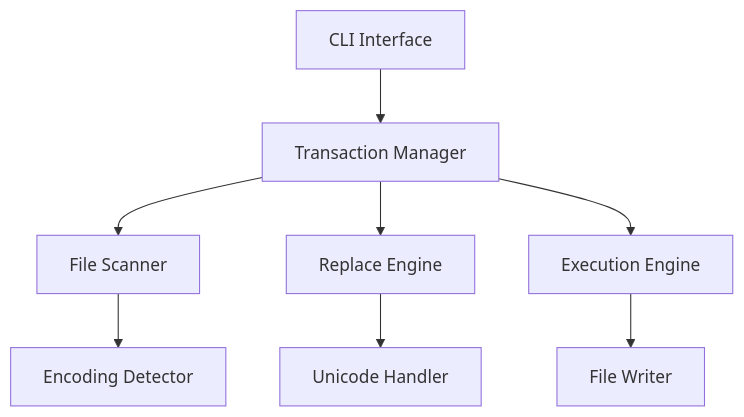
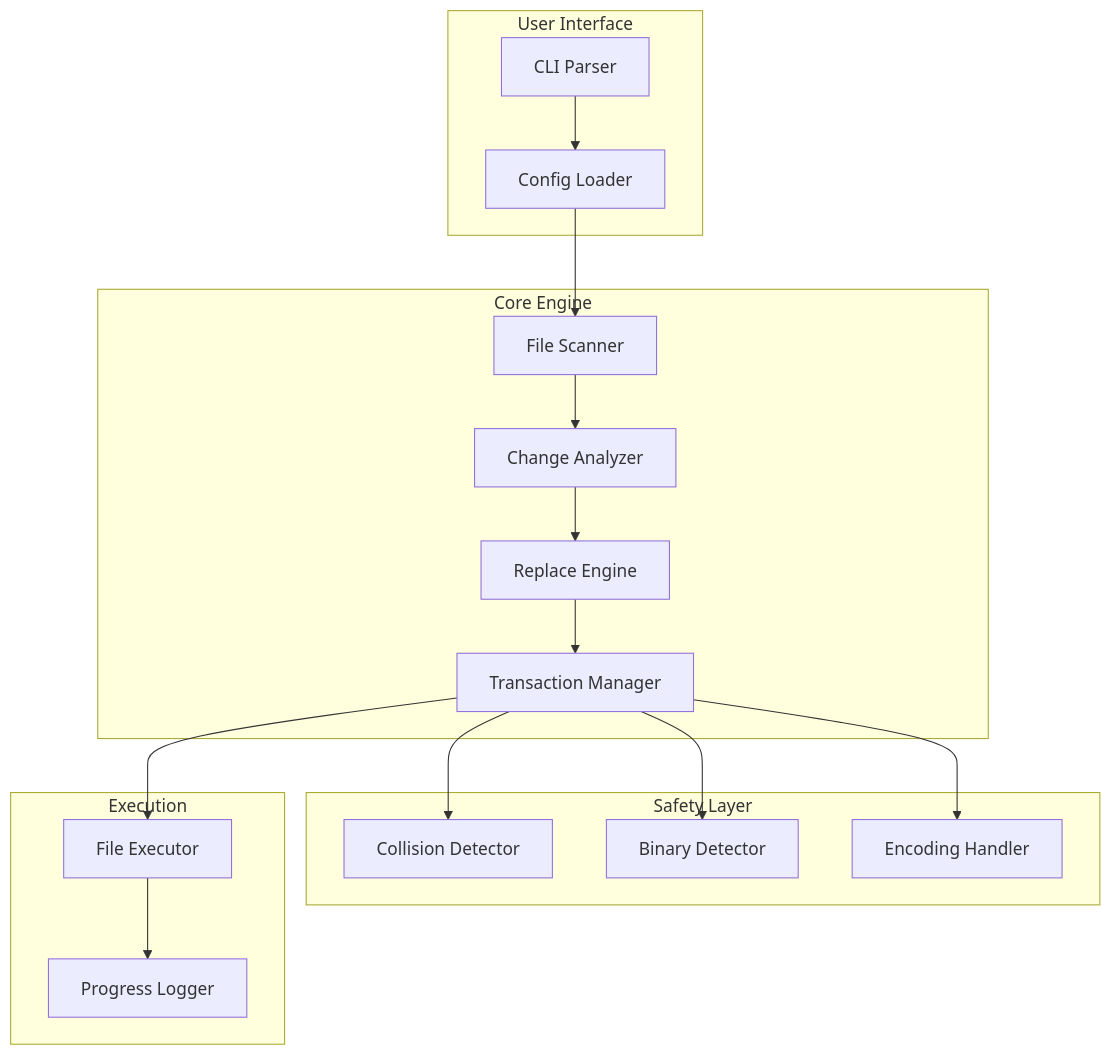
The diagram in README.md (Emasoft/MFR), drawn with Mermaid before and after one commit. The commit also changed other lines of this file, not shown here.

````diff
--- a/README.md
+++ b/README.md
@@ -585,10 +613,36 @@
 ```mermaid
-graph TD
-    A[CLI Interface] --> B[Transaction Manager]
-    B --> C[File Scanner]
-    B --> D[Replace Engine]
-    C --> E[Encoding Detector]
-    D --> F[Unicode Handler]
-    B --> G[Execution Engine]
-    G --> H[File Writer]
+graph TB
+    subgraph "User Interface"
+        CLI[CLI Parser]
+        Config[Config Loader]
+    end
+
+    subgraph "Core Engine"
+        Scanner[File Scanner]
+        Analyzer[Change Analyzer]
+        Engine[Replace Engine]
+        Transaction[Transaction Manager]
+    end
+
+    subgraph "Safety Layer"
+        Collision[Collision Detector]
+        Binary[Binary Detector]
+        Encoding[Encoding Handler]
+    end
+
+    subgraph "Execution"
+        Executor[File Executor]
+        Logger[Progress Logger]
+    end
+
+    CLI --> Config
+    Config --> Scanner
+    Scanner --> Analyzer
+    Analyzer --> Engine
+    Engine --> Transaction
+    Transaction --> Collision
+    Transaction --> Binary
+    Transaction --> Encoding
+    Transaction --> Executor
+    Executor --> Logger
 ```
````
